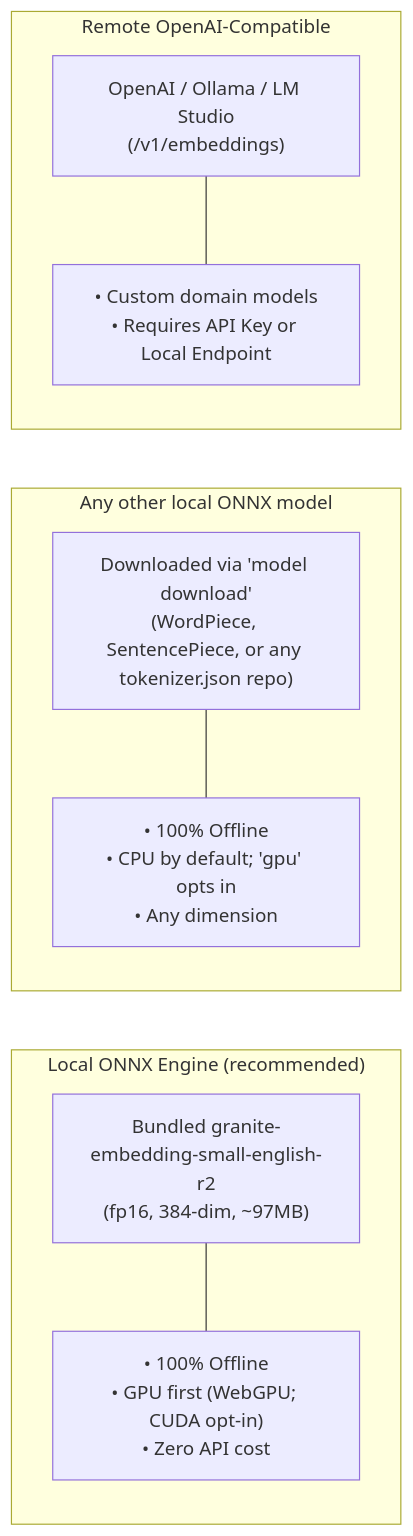
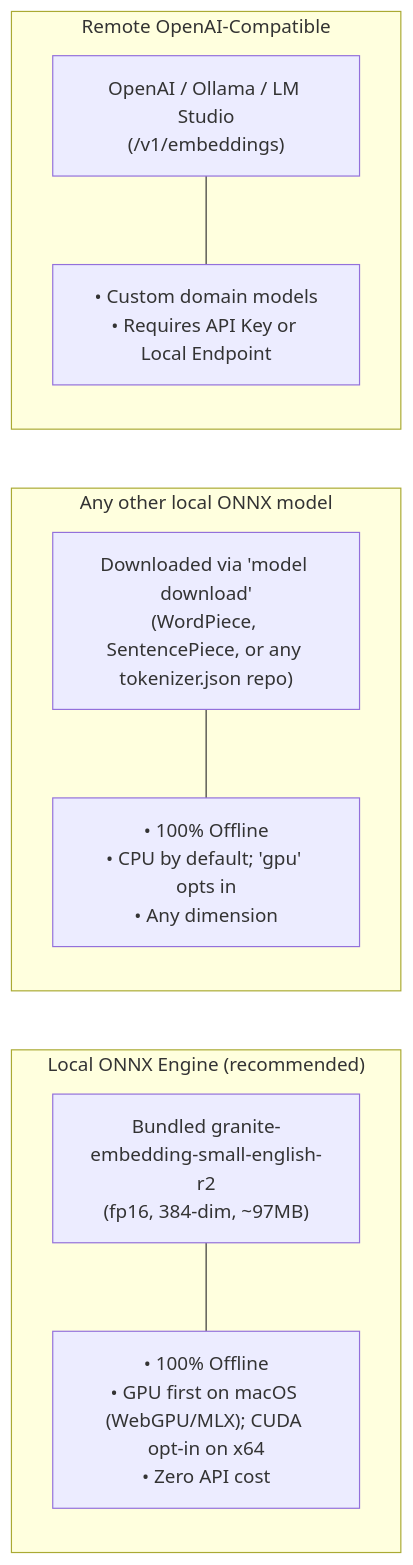
The first of 2 diagrams in docs/how-to/configure-embedding-engines.md (Arasz/ai-raccoon), drawn with Mermaid before and after one commit. The commit also changed other lines of this file and 7 other files, not shown here.

First line of the commit message:
fix(embedding): WebGPU plugin off on Windows/Linux — aborts the process on first run (1.51.2) (#747)

````diff
--- a/docs/how-to/configure-embedding-engines.md
+++ b/docs/how-to/configure-embedding-engines.md
@@ -16,21 +16,21 @@
 ```mermaid
 graph LR
     subgraph Local ["Local ONNX Engine (recommended)"]
         ONNX["Bundled granite-embedding-small-english-r2\n(fp16, 384-dim, ~97MB)"]
-        L_Prop["• 100% Offline\n• GPU first (WebGPU; CUDA opt-in)\n• Zero API cost"]
+        L_Prop["• 100% Offline\n• GPU first on macOS (WebGPU/MLX); CUDA opt-in on x64\n• Zero API cost"]
     end
 
     subgraph LocalOther ["Any other local ONNX model"]
         Other["Downloaded via 'model download'\n(WordPiece, SentencePiece, or any tokenizer.json repo)"]
         O_Prop["• 100% Offline\n• CPU by default; 'gpu' opts in\n• Any dimension"]
     end
 
     subgraph Remote ["Remote OpenAI-Compatible"]
         OpenAI["OpenAI / Ollama / LM Studio\n(/v1/embeddings)"]
         R_Prop["• Custom domain models\n• Requires API Key or Local Endpoint"]
     end
 
     ONNX --- L_Prop
     Other --- O_Prop
     OpenAI --- R_Prop
 ```
````
